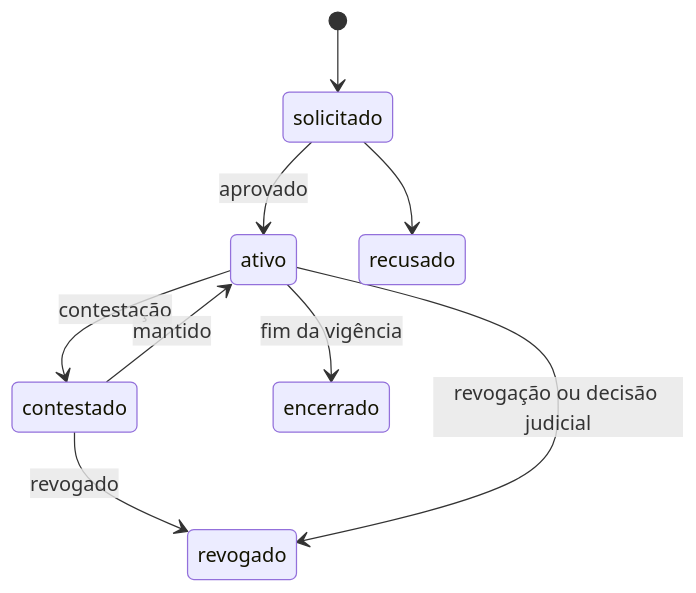
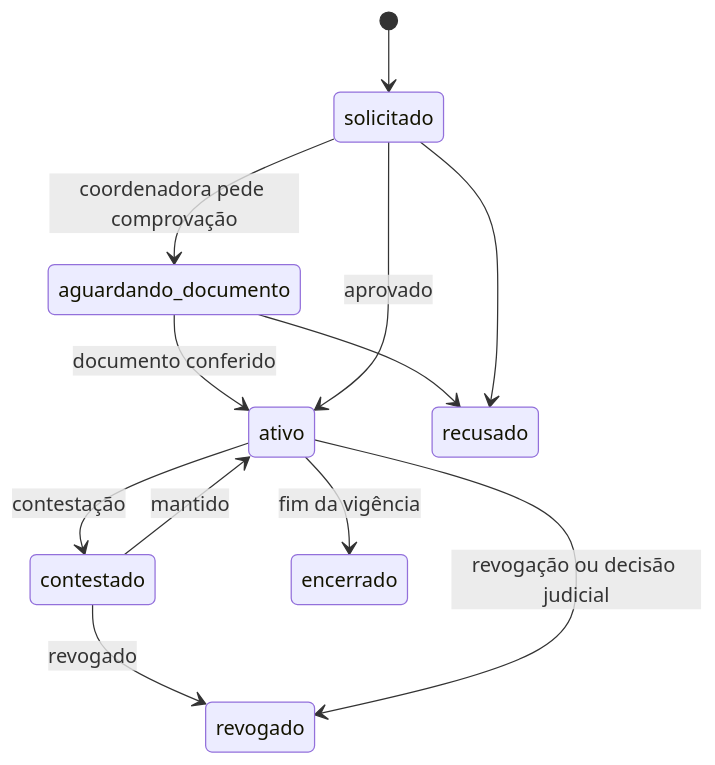
Before and after one commit to helesjunior/ccb-ebi: the third of 6 diagrams in docs/03-dados/estados.md, drawn with Mermaid. The commit also changed 14 other files, not shown here.

````diff
--- a/docs/03-dados/estados.md
+++ b/docs/03-dados/estados.md
@@ -35,11 +35,14 @@
 ```mermaid
 stateDiagram-v2
   [*] --> solicitado
+  solicitado --> aguardando_documento: coordenadora pede comprovação
+  aguardando_documento --> ativo: documento conferido
+  aguardando_documento --> recusado
   solicitado --> ativo: aprovado
   solicitado --> recusado
   ativo --> contestado: contestação
   contestado --> ativo: mantido
   contestado --> revogado: revogado
   ativo --> revogado: revogação ou decisão judicial
   ativo --> encerrado: fim da vigência
 ```
````
